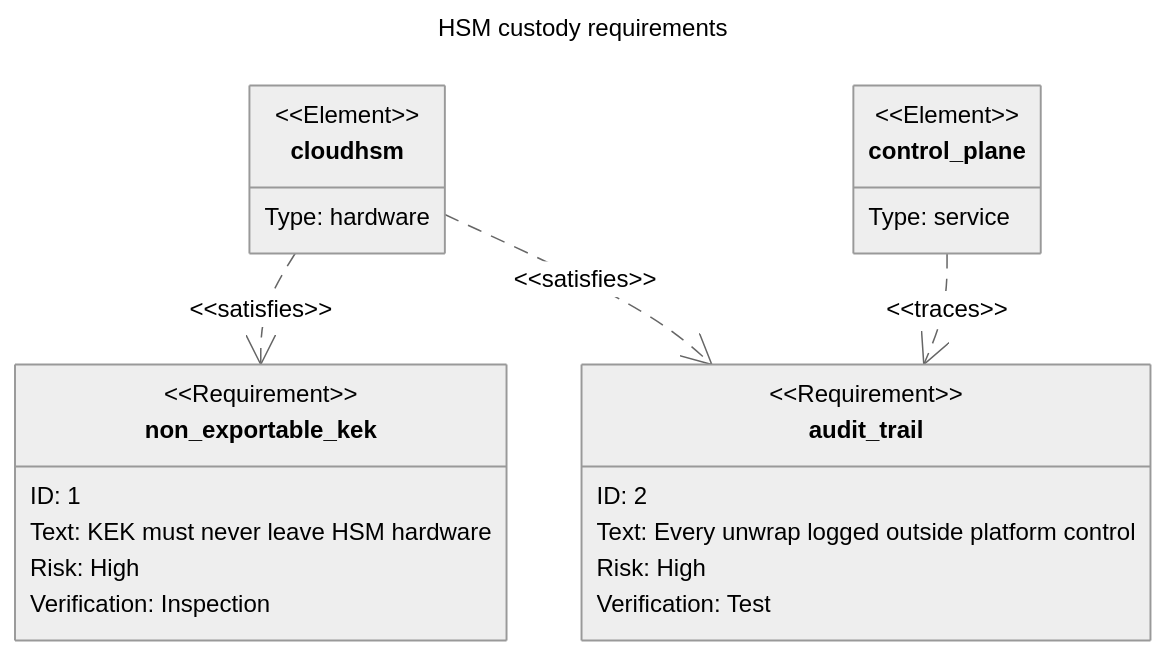
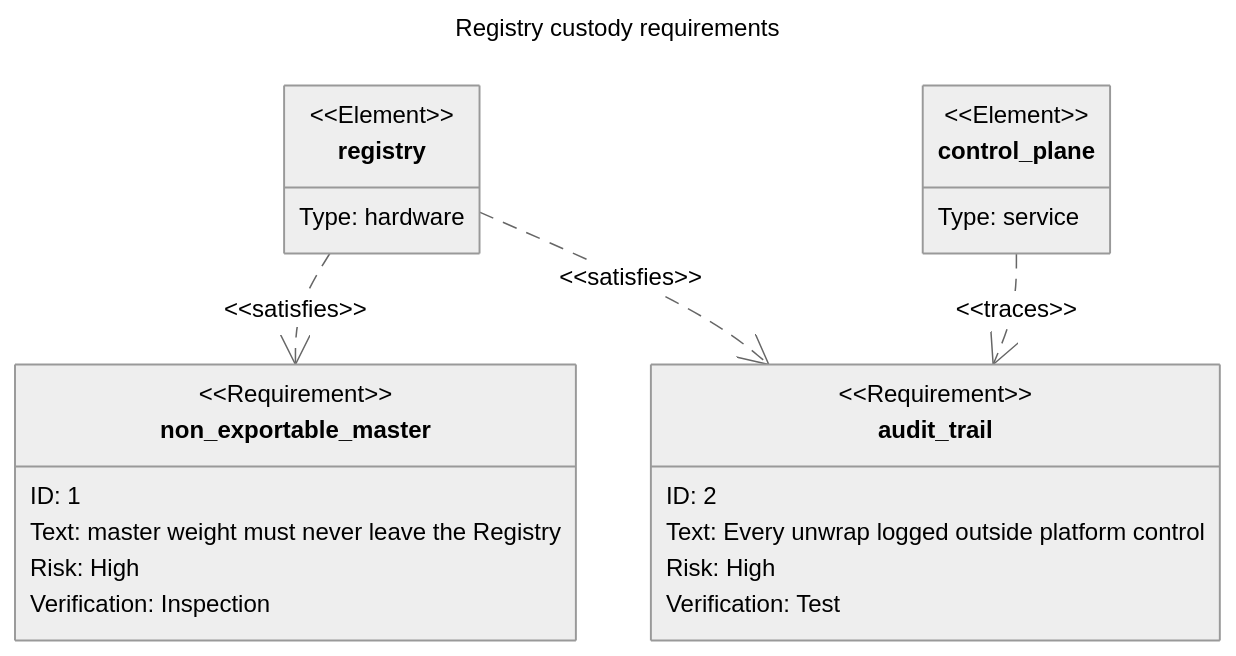
One commit to SlideWright/lattice changed the tenth of 25 diagrams in lib/components/diagram/diagram/diagram.gallery.md. Above: the diagram before and after it, drawn with Mermaid (neutral theme). The commit also changed other lines of this file and 4 other files, not shown here.

First line of the commit message:
content: re-theme the diagram + baseline showcase decks off codebook

````diff
--- a/lib/components/diagram/diagram/diagram.gallery.md
+++ b/lib/components/diagram/diagram/diagram.gallery.md
@@ -297,27 +297,27 @@
 ```mermaid
 ---
-title: HSM custody requirements
+title: Registry custody requirements
 ---
 requirementDiagram
-  requirement non_exportable_kek {
+  requirement non_exportable_master {
     id: 1
-    text: "KEK must never leave HSM hardware"
+    text: "master weight must never leave the Registry"
     risk: high
     verifymethod: inspection
   }
   requirement audit_trail {
     id: 2
     text: "Every unwrap logged outside platform control"
     risk: high
     verifymethod: test
   }
-  element cloudhsm {
+  element registry {
     type: hardware
   }
   element control_plane {
     type: service
   }
-  cloudhsm - satisfies -> non_exportable_kek
-  cloudhsm - satisfies -> audit_trail
+  registry - satisfies -> non_exportable_master
+  registry - satisfies -> audit_trail
   control_plane - traces -> audit_trail
 ```
````
